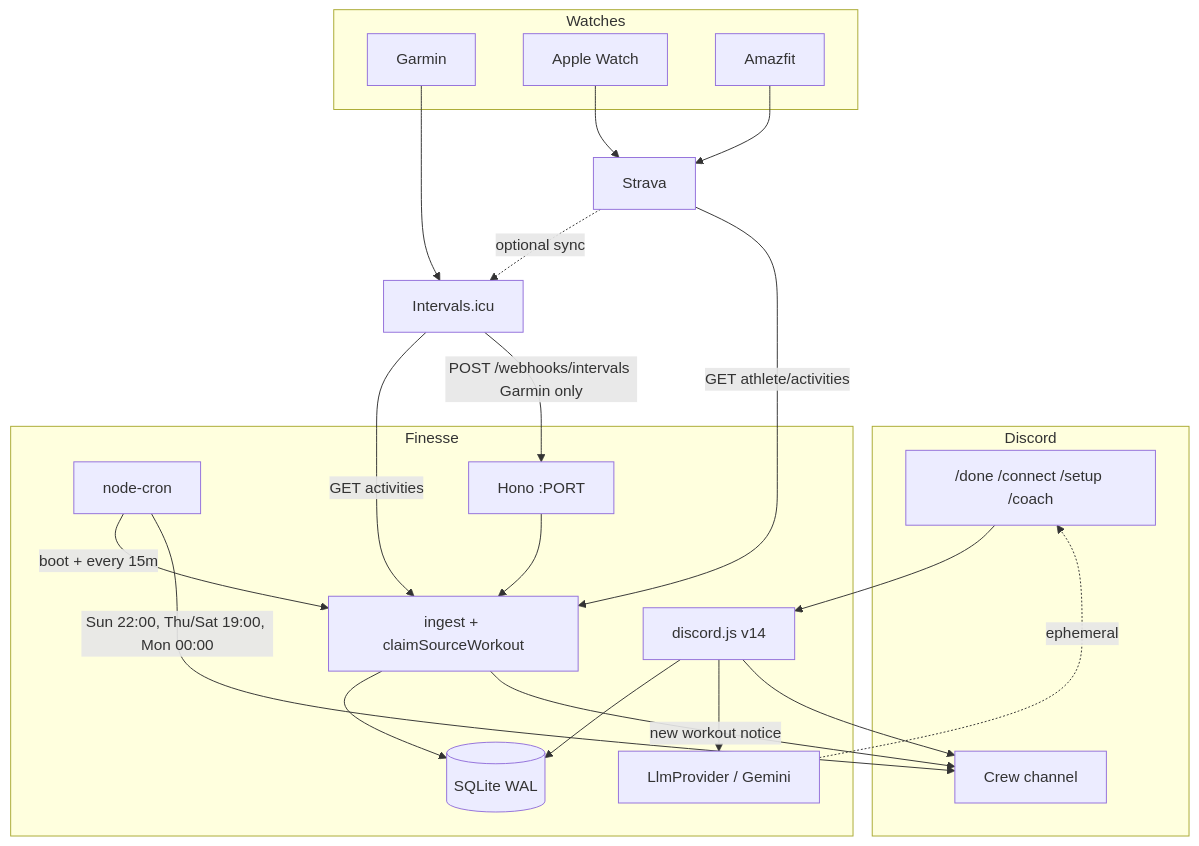
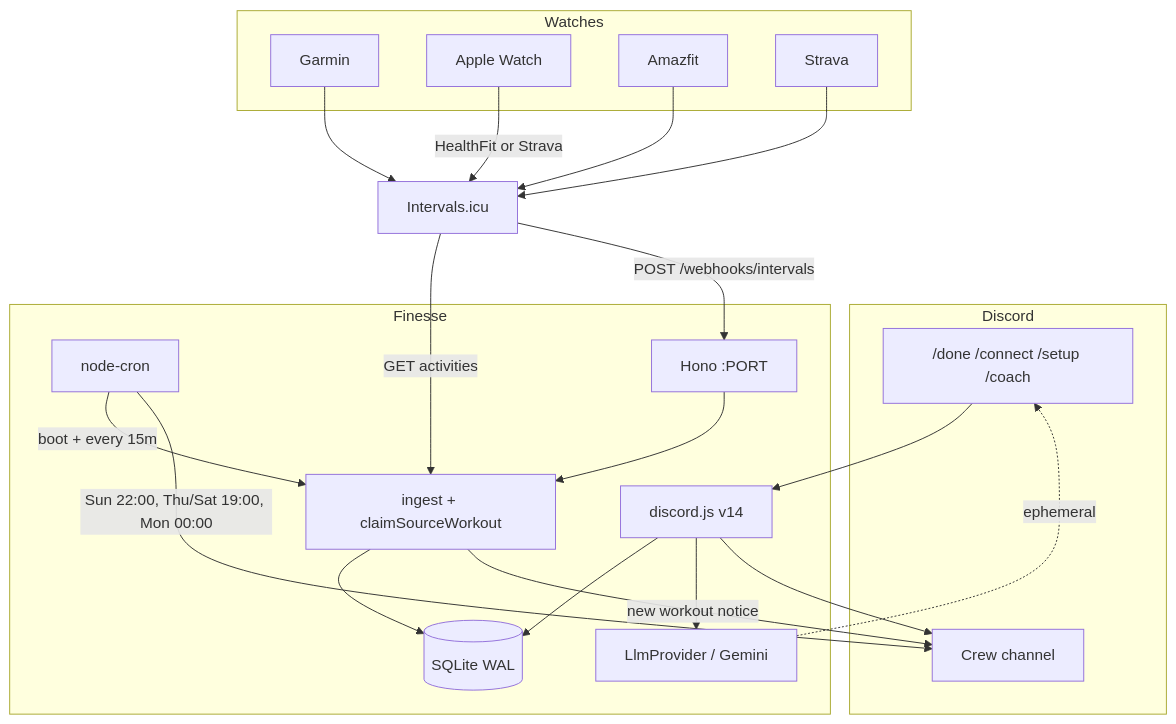
Before and after one commit to renzoventura/finesse: the first of 3 diagrams in docs/architecture.md, drawn with Mermaid. The commit also changed other lines of this file and 13 other files, not shown here.

````diff
--- a/docs/architecture.md
+++ b/docs/architecture.md
@@ -5,41 +5,41 @@
 ```mermaid
 flowchart TB
   subgraph watches [Watches]
     Garmin
     Apple[Apple Watch]
     Amazfit
+    StravaFeed[Strava]
   end
 
   Garmin --> Intervals[Intervals.icu]
-  Apple --> Strava
-  Amazfit --> Strava
-  Strava -.->|optional sync| Intervals
+  Amazfit --> Intervals
+  Apple -->|"HealthFit or Strava"| Intervals
+  StravaFeed --> Intervals
 
   subgraph discord [Discord]
     Slash["/done /connect /setup /coach"]
     Channel[Crew channel]
   end
 
   subgraph process [Finesse]
     Gateway[discord.js v14]
     Cron["node-cron"]
     HTTP["Hono :PORT"]
     Ingest[ingest + claimSourceWorkout]
     DB[(SQLite WAL)]
     LLM["LlmProvider / Gemini"]
   end
 
   Slash --> Gateway
   Gateway --> DB
   Gateway --> LLM
   LLM -.->|ephemeral| Slash
   Cron -->|"boot + every 15m"| Ingest
   Intervals -->|"GET activities"| Ingest
-  Intervals -->|"POST /webhooks/intervals Garmin only"| HTTP
-  Strava -->|"GET athlete/activities"| Ingest
+  Intervals -->|"POST /webhooks/intervals"| HTTP
   HTTP --> Ingest
   Ingest --> DB
   Ingest -->|"new workout notice"| Channel
   Gateway --> Channel
   Cron -->|"Sun 22:00, Thu/Sat 19:00, Mon 00:00"| Channel
 ```
````
